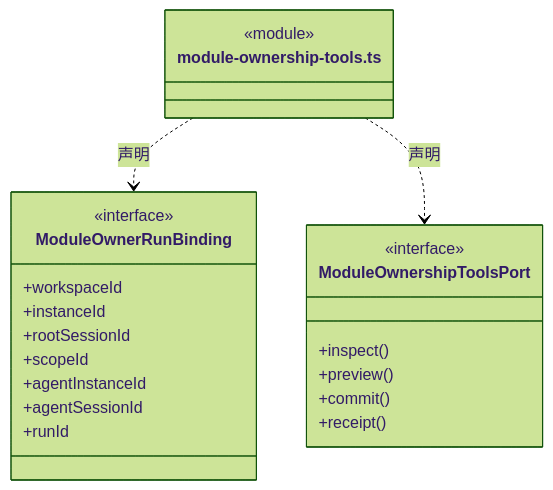
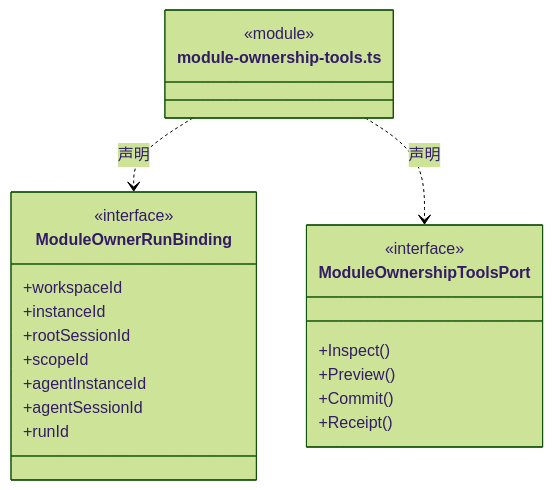
Diagram 23 of 40 in src/logic/workspace/rules/ARCHITECTURE.md (nan023062/cbim), drawn with Mermaid (forest theme) before and after one commit. The commit also changed other lines of this file and 1035 other files, not shown here.

````diff
--- a/src/logic/workspace/rules/ARCHITECTURE.md
+++ b/src/logic/workspace/rules/ARCHITECTURE.md
@@ -490,25 +490,25 @@
 ```mermaid
 classDiagram
 class N_src_logic_workspace_rules_module_ownership_tools_ts["module-ownership-tools.ts"] {
   <<module>>
 }
 class N_src_logic_workspace_rules_module_ownership_tools_ts_ModuleOwnerRunBinding["ModuleOwnerRunBinding"] {
   <<interface>>
   +workspaceId
   +instanceId
   +rootSessionId
   +scopeId
   +agentInstanceId
   +agentSessionId
   +runId
 }
 N_src_logic_workspace_rules_module_ownership_tools_ts ..> N_src_logic_workspace_rules_module_ownership_tools_ts_ModuleOwnerRunBinding : 声明
 class N_src_logic_workspace_rules_module_ownership_tools_ts_ModuleOwnershipToolsPort["ModuleOwnershipToolsPort"] {
   <<interface>>
-  +inspect()
-  +preview()
-  +commit()
-  +receipt()
+  +Inspect()
+  +Preview()
+  +Commit()
+  +Receipt()
 }
 N_src_logic_workspace_rules_module_ownership_tools_ts ..> N_src_logic_workspace_rules_module_ownership_tools_ts_ModuleOwnershipToolsPort : 声明
 ```
````
